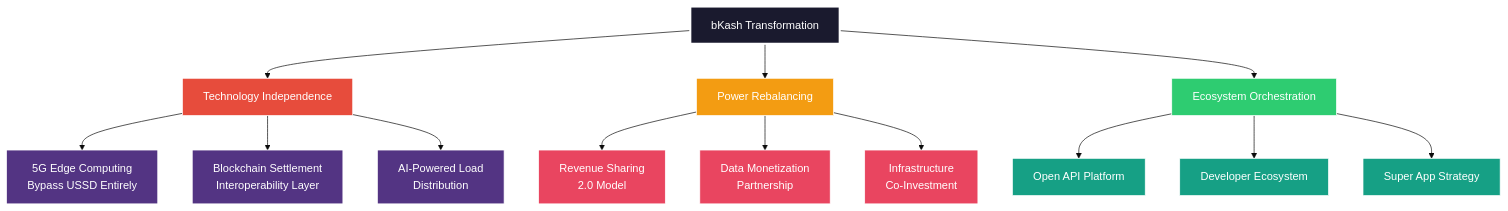
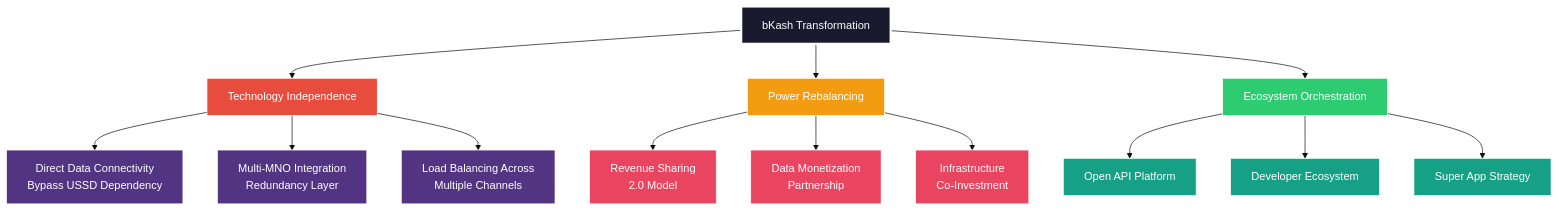
Before and after one commit to paper-indonesia/MIT-Endeavor: the first of 5 diagrams in Day1/out/MIT_Day1_Outstanding_Case_Answers.md, drawn with Mermaid (base theme). The commit also changed other lines of this file and 6 other files, not shown here.

Commit message:
make it timeline accurate

````diff
--- a/Day1/out/MIT_Day1_Outstanding_Case_Answers.md
+++ b/Day1/out/MIT_Day1_Outstanding_Case_Answers.md
@@ -14,32 +14,32 @@
 ```mermaid
 graph TD
     A[bKash Transformation] --> B[Technology Independence]
     A --> C[Power Rebalancing]
     A --> D[Ecosystem Orchestration]
     
-    B --> E[5G Edge Computing<br/>Bypass USSD Entirely]
-    B --> F[Blockchain Settlement<br/>Interoperability Layer]
-    B --> G[AI-Powered Load<br/>Distribution]
+    B --> E[Direct Data Connectivity<br/>Bypass USSD Dependency]
+    B --> F[Multi-MNO Integration<br/>Redundancy Layer]
+    B --> G[Load Balancing Across<br/>Multiple Channels]
     
     C --> H[Revenue Sharing<br/>2.0 Model]
     C --> I[Data Monetization<br/>Partnership]
     C --> J[Infrastructure<br/>Co-Investment]
     
     D --> K[Open API Platform]
     D --> L[Developer Ecosystem]
     D --> M[Super App Strategy]
     
     style A fill:#1a1a2e,stroke:#fff,stroke-width:3px,color:#fff
     style B fill:#e74c3c,stroke:#fff,color:#fff
     style C fill:#f39c12,stroke:#fff,color:#fff
     style D fill:#2ecc71,stroke:#fff,color:#fff
     style E fill:#533483,stroke:#fff,color:#fff
     style F fill:#533483,stroke:#fff,color:#fff
     style G fill:#533483,stroke:#fff,color:#fff
     style H fill:#e94560,stroke:#fff,color:#fff
     style I fill:#e94560,stroke:#fff,color:#fff
     style J fill:#e94560,stroke:#fff,color:#fff
     style K fill:#16a085,stroke:#fff,color:#fff
     style L fill:#16a085,stroke:#fff,color:#fff
     style M fill:#16a085,stroke:#fff,color:#fff
 ```
````
